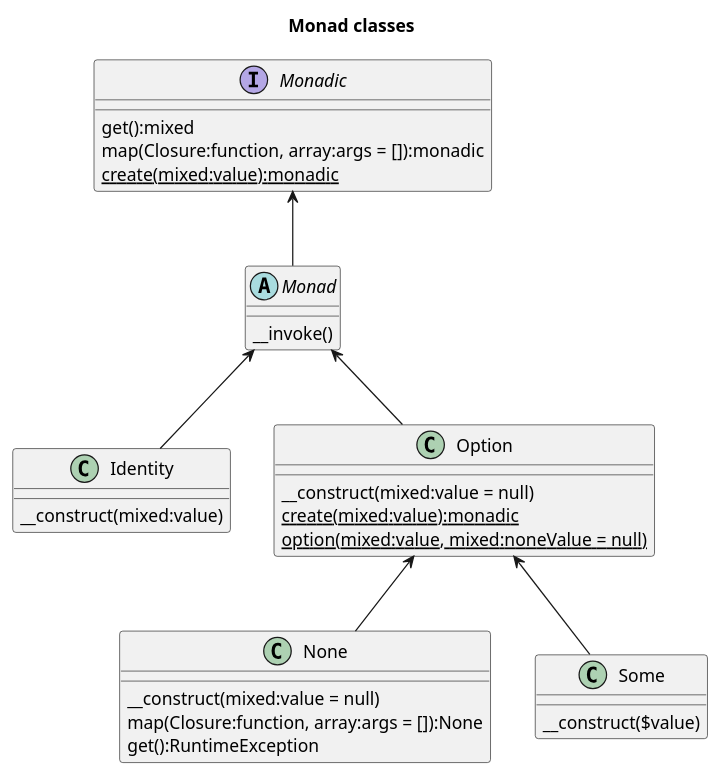
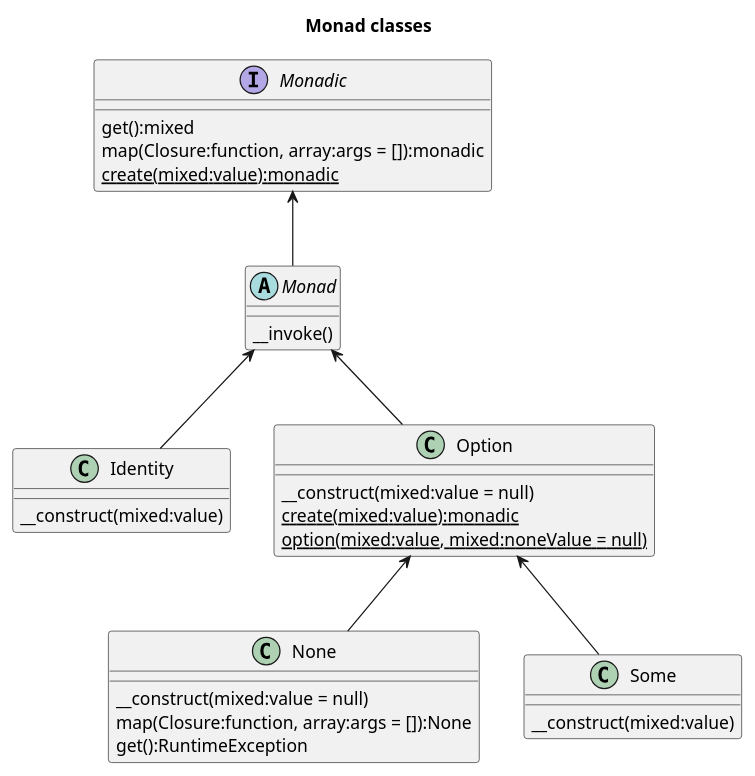
One commit to chippyash/Monad changed the diagram in docs/Monad Classes.puml. Above: the diagram before and after it, drawn with PlantUML. The commit also changed 1 other file, not shown here.

```diff
--- a/docs/Monad Classes.puml
+++ b/docs/Monad Classes.puml
@@ -1,39 +1,39 @@
 @startuml
 title Monad classes
 
 interface Monadic {
     get():mixed
     map(Closure:function, array:args = []):monadic
     {static} create(mixed:value):monadic
 }
 
 abstract class Monad {
     __invoke()
 }
 
 class Identity {
     __construct(mixed:value)
 }
 
 class Option {
     __construct(mixed:value = null)
     {static} create(mixed:value):monadic
     {static} option(mixed:value, mixed:noneValue = null)
 }
 
 class None {
     __construct(mixed:value = null)
     map(Closure:function, array:args = []):None
     get():RuntimeException
 }
 
 class Some {
-    __construct($value)
+    __construct(mixed:value)
 }
 
 Monadic <-- Monad
 Monad <-- Identity
 Monad <-- Option
 Option <-- None
 Option <-- Some
 @enduml
```
